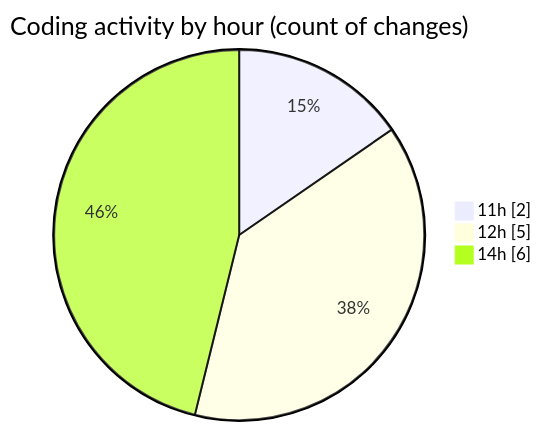
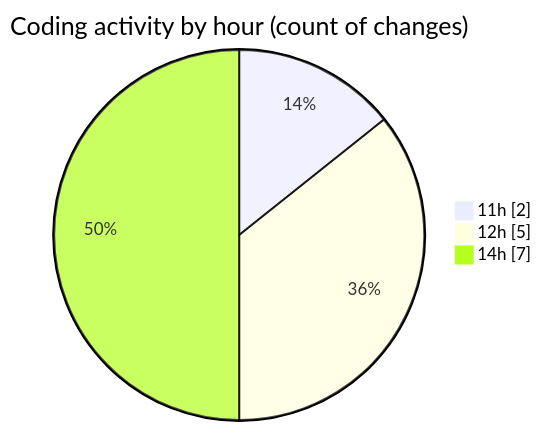
One commit to nxtqubesakshisongat/code-tracking changed the second of 2 diagrams in 2026-01-22/nxtqube_webapp/README.md. Above: the diagram before and after it, drawn with Mermaid. The commit also changed other lines of this file and 1 other file, not shown here.

````diff
--- a/2026-01-22/nxtqube_webapp/README.md
+++ b/2026-01-22/nxtqube_webapp/README.md
@@ -30,7 +30,7 @@
 ```mermaid
 pie showData
 title Coding activity by hour (count of changes)
 "11h" : 2
 "12h" : 5
-"14h" : 6
+"14h" : 7
 ```
````
